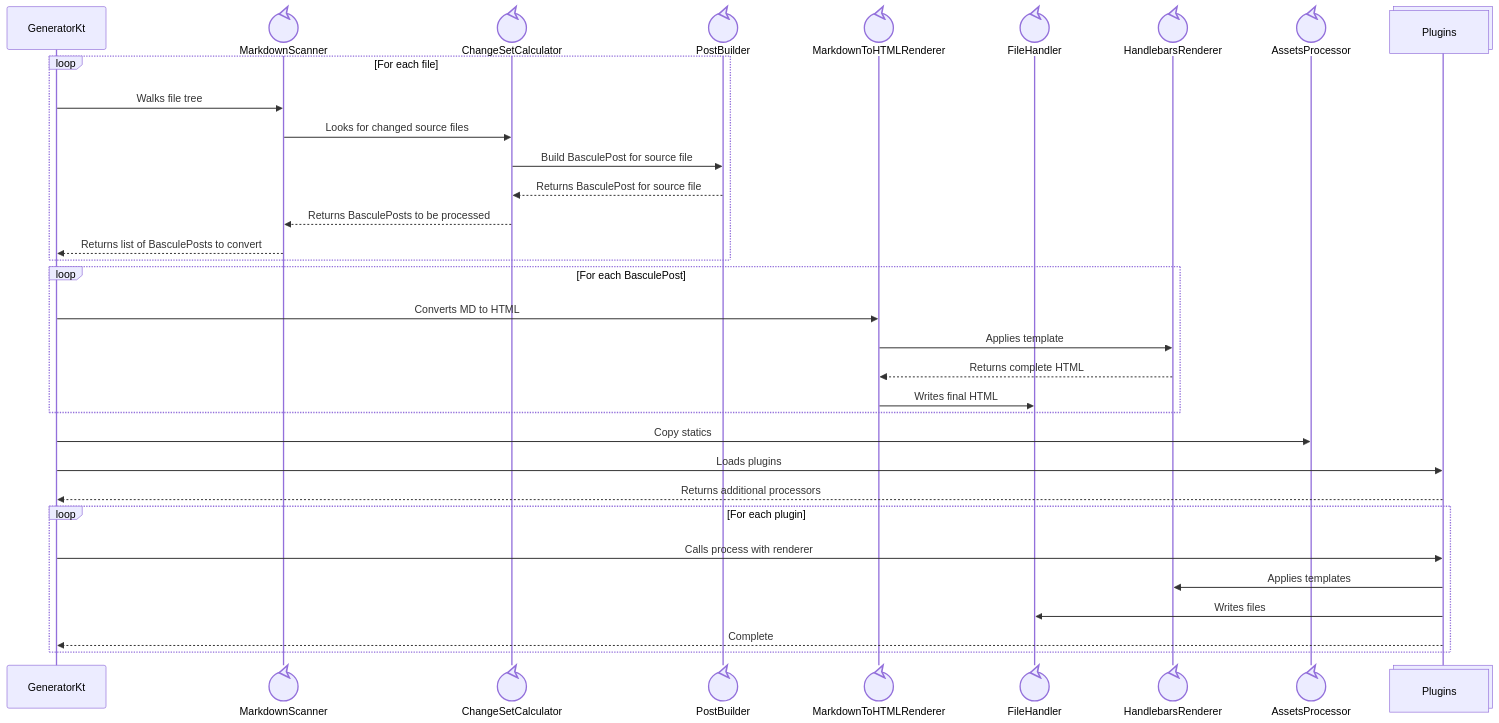
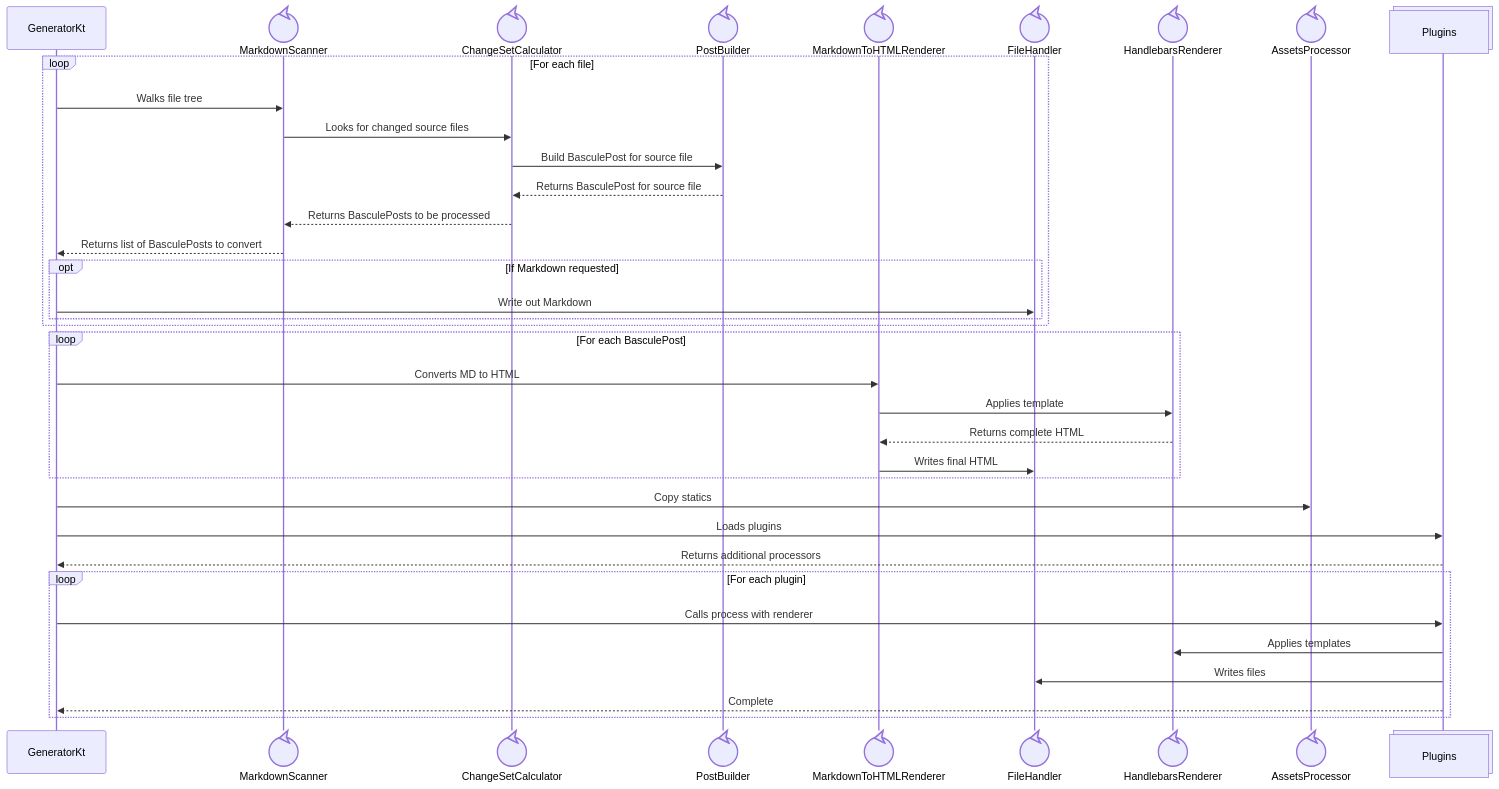
Before and after one commit to v79/bascule-static: the diagram in GeneratorSequence.mmd, drawn with Mermaid. The commit also changed 2 other files, not shown here.

Commit message:
Added new optional --options parameter to pass in renderMarkdown value. Removed some duplicated code.

```diff
--- a/GeneratorSequence.mmd
+++ b/GeneratorSequence.mmd
@@ -1,33 +1,36 @@
 sequenceDiagram
     participant GeneratorKt
     participant MarkdownScanner@{ "type": "control" }
     participant ChangeSetCalculator@{ "type": "control"}
     participant PostBuilder@{ "type": "control" }
     participant MarkdownToHTMLRenderer@{ "type": "control" }
     participant FileHandler@{ "type": "control" }
     participant HandlebarsRenderer@{ "type": "control" }
     participant AssetsProcessor@{ "type": "control" }
     participant Plugins@{"type": "collections"}
     Loop For each file
         GeneratorKt->>MarkdownScanner: Walks file tree
         MarkdownScanner->>ChangeSetCalculator: Looks for changed source files
         ChangeSetCalculator->>PostBuilder: Build BasculePost for source file
         PostBuilder-->>ChangeSetCalculator: Returns BasculePost for source file
         ChangeSetCalculator-->>MarkdownScanner: Returns BasculePosts to be processed
         MarkdownScanner-->>GeneratorKt: Returns list of BasculePosts to convert
+        opt If Markdown requested
+            GeneratorKt->>FileHandler:Write out Markdown
+        end
     end
     Loop For each BasculePost
         GeneratorKt->>MarkdownToHTMLRenderer: Converts MD to HTML
         MarkdownToHTMLRenderer->>HandlebarsRenderer: Applies template
         HandlebarsRenderer-->>MarkdownToHTMLRenderer: Returns complete HTML
         MarkdownToHTMLRenderer->>FileHandler: Writes final HTML
     end
     GeneratorKt->>AssetsProcessor: Copy statics
     GeneratorKt->>Plugins: Loads plugins
     Plugins-->>GeneratorKt: Returns additional processors
     Loop For each plugin
         GeneratorKt->>Plugins: Calls process with renderer
         Plugins->>HandlebarsRenderer: Applies templates
         Plugins->>FileHandler: Writes files
         Plugins-->>GeneratorKt: Complete
     End
```
